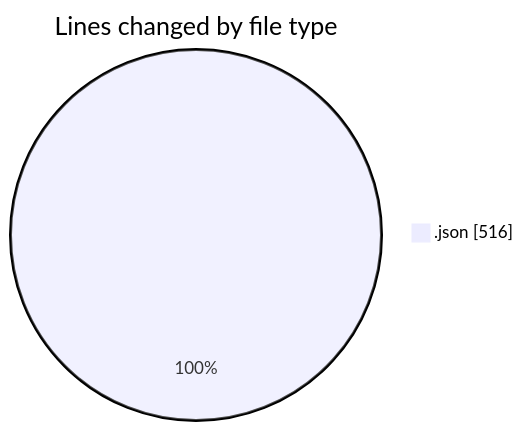
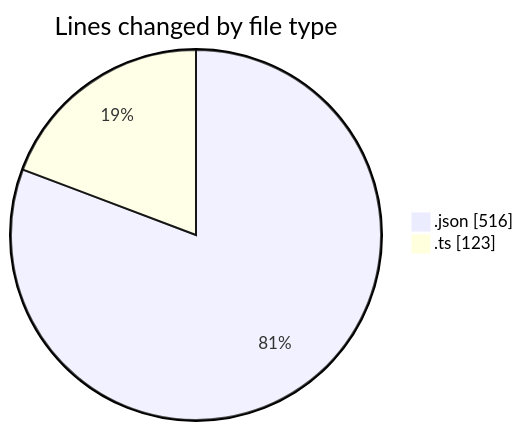
One commit to EIIisD/code-tracking changed the first of 2 diagrams in 2025-07-26/vtuber/README.md. Above: the diagram before and after it, drawn with Mermaid. The commit also changed other lines of this file and 1 other file, not shown here.

````diff
--- a/2025-07-26/vtuber/README.md
+++ b/2025-07-26/vtuber/README.md
@@ -20,5 +21,6 @@
 ```mermaid
 pie showData
 title Lines changed by file type
 ".json" : 516
+".ts" : 123
 ```
````
